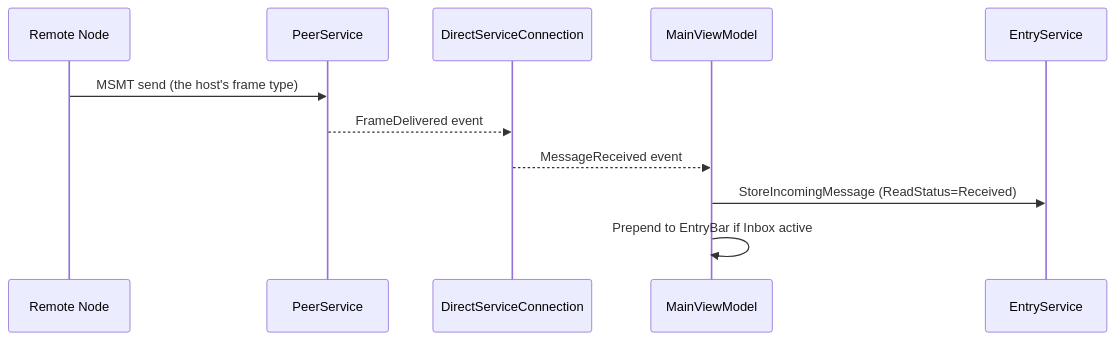
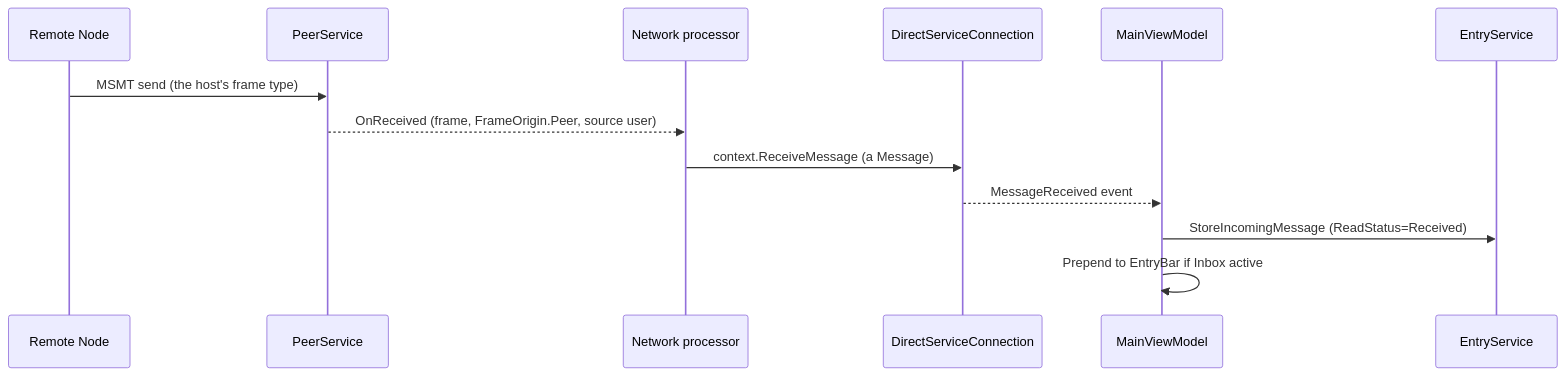
The third of 5 diagrams in Docs/Architecture.md (Blue-Heighliner/Comlink), drawn with Mermaid before and after one commit. The commit also changed other lines of this file and 316 other files, not shown here.

````diff
--- a/Docs/Architecture.md
+++ b/Docs/Architecture.md
@@ -90,13 +89,15 @@
 ```mermaid
 sequenceDiagram
     participant RN as Remote Node
     participant PS as PeerService
+    participant NP as Network processor
     participant DSC as DirectServiceConnection
     participant MVM as MainViewModel
     participant ES as EntryService
     RN->>PS: MSMT send (the host's frame type)
-    PS-->>DSC: FrameDelivered event
+    PS-->>NP: OnReceived (frame, FrameOrigin.Peer, source user)
+    NP->>DSC: context.ReceiveMessage (a Message)
     DSC-->>MVM: MessageReceived event
     MVM->>ES: StoreIncomingMessage (ReadStatus=Received)
     MVM->>MVM: Prepend to EntryBar if Inbox active
 ```
````
